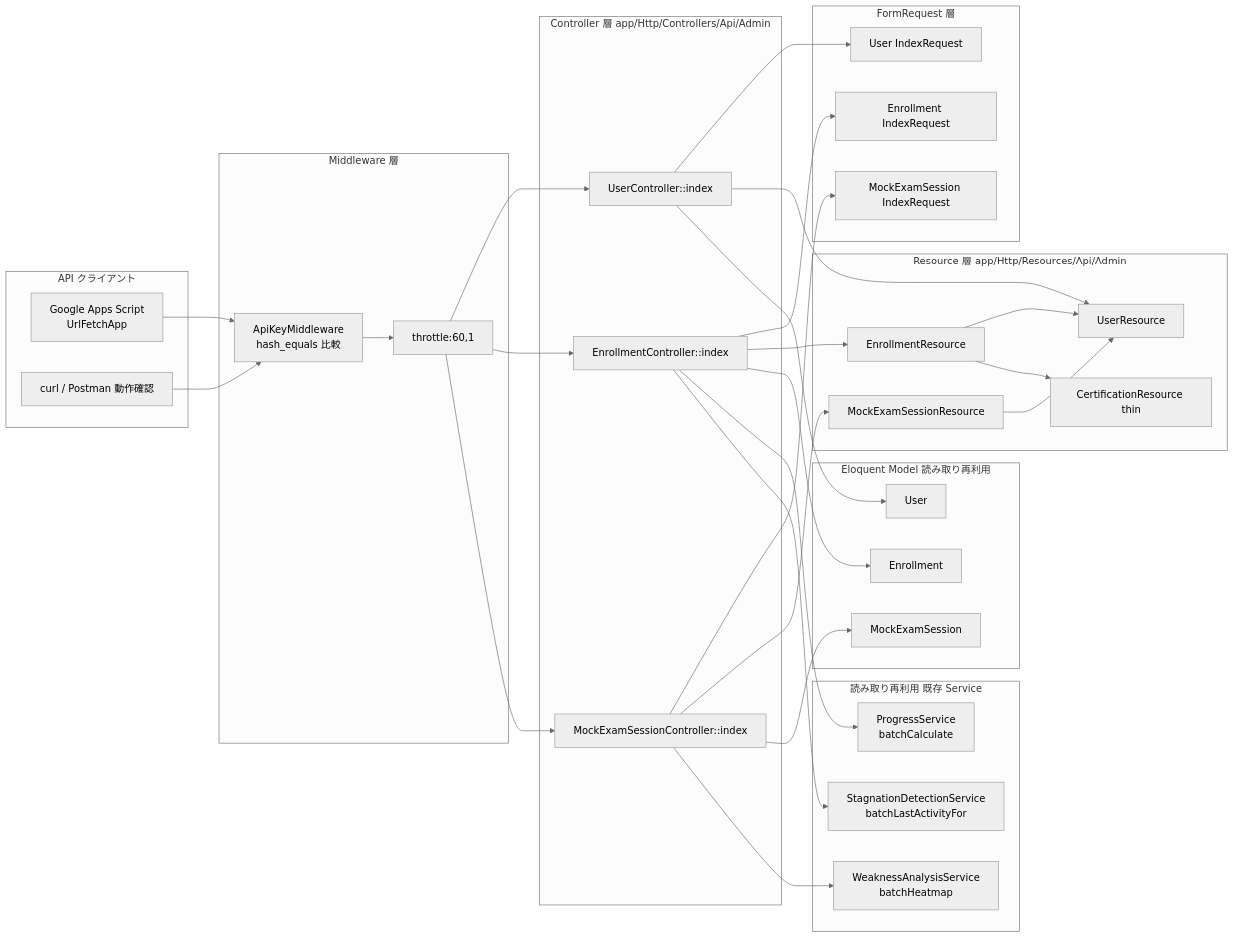
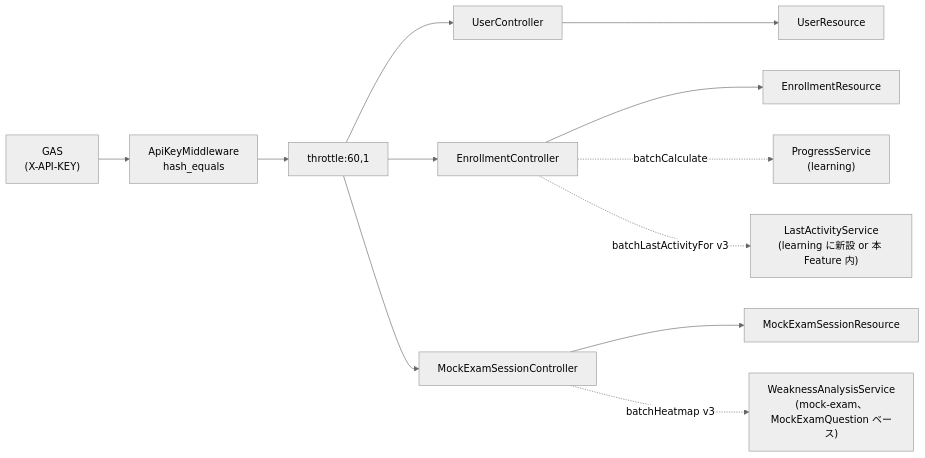
The first of 4 diagrams in docs/specs/analytics-export/design.md (coachtech-mockcase-second/ExampleAnswer-mockcase-CertifyLMS), drawn with Mermaid (neutral theme) before and after one commit. The commit also changed other lines of this file and 67 other files, not shown here.

````diff
--- a/docs/specs/analytics-export/design.md
+++ b/docs/specs/analytics-export/design.md
@@ -9,63 +17,16 @@
 ```mermaid
 flowchart LR
-    subgraph client["API クライアント"]
-        GAS["Google Apps Script<br/>UrlFetchApp"]
-        Curl["curl / Postman 動作確認"]
-    end
-    subgraph middleware["Middleware 層"]
-        AKM["ApiKeyMiddleware<br/>hash_equals 比較"]
-        TH["throttle:60,1"]
-    end
-    subgraph controllers["Controller 層 app/Http/Controllers/Api/Admin"]
-        UC["UserController::index"]
-        EC["EnrollmentController::index"]
-        MC["MockExamSessionController::index"]
-    end
-    subgraph requests["FormRequest 層"]
-        UR["User IndexRequest"]
-        ER["Enrollment IndexRequest"]
-        MR["MockExamSession IndexRequest"]
-    end
-    subgraph resources["Resource 層 app/Http/Resources/Api/Admin"]
-        URes["UserResource"]
-        ERes["EnrollmentResource"]
-        MRes["MockExamSessionResource"]
-        CRes["CertificationResource thin"]
-    end
-    subgraph reuse["読み取り再利用 既存 Service"]
-        PS["ProgressService<br/>batchCalculate"]
-        SDS["StagnationDetectionService<br/>batchLastActivityFor"]
-        WAS["WeaknessAnalysisService<br/>batchHeatmap"]
-    end
-    subgraph models["Eloquent Model 読み取り再利用"]
-        UM["User"]
-        EM["Enrollment"]
-        ME["MockExamSession"]
-    end
+    GAS["GAS<br/>(X-API-KEY)"] --> Middleware[ApiKeyMiddleware<br/>hash_equals]
+    Middleware --> Throttle[throttle:60,1]
+    Throttle --> UC[UserController]
+    Throttle --> EC[EnrollmentController]
+    Throttle --> MC[MockExamSessionController]
 
-    GAS --> AKM
-    Curl --> AKM
-    AKM --> TH
-    TH --> UC
-    TH --> EC
-    TH --> MC
+    UC --> UR[UserResource]
+    EC --> ER[EnrollmentResource]
+    MC --> MR[MockExamSessionResource]
 
-    UC --> UR
-    UC --> URes
-    UC --> UM
-
-    EC --> ER
-    EC --> ERes
-    EC --> EM
-    EC --> PS
-    EC --> SDS
-
-    MC --> MR
-    MC --> MRes
-    MC --> ME
-    MC --> WAS
-
-    ERes --> URes
-    ERes --> CRes
-    MRes --> URes
+    EC -.->|batchCalculate| ProgressSvc["ProgressService<br/>(learning)"]
+    EC -.->|batchLastActivityFor v3| LastActivitySvc["LastActivityService<br/>(learning に新設 or 本 Feature 内)"]
+    MC -.->|batchHeatmap v3| WeaknessSvc["WeaknessAnalysisService<br/>(mock-exam、MockExamQuestion ベース)"]
 ```
````
